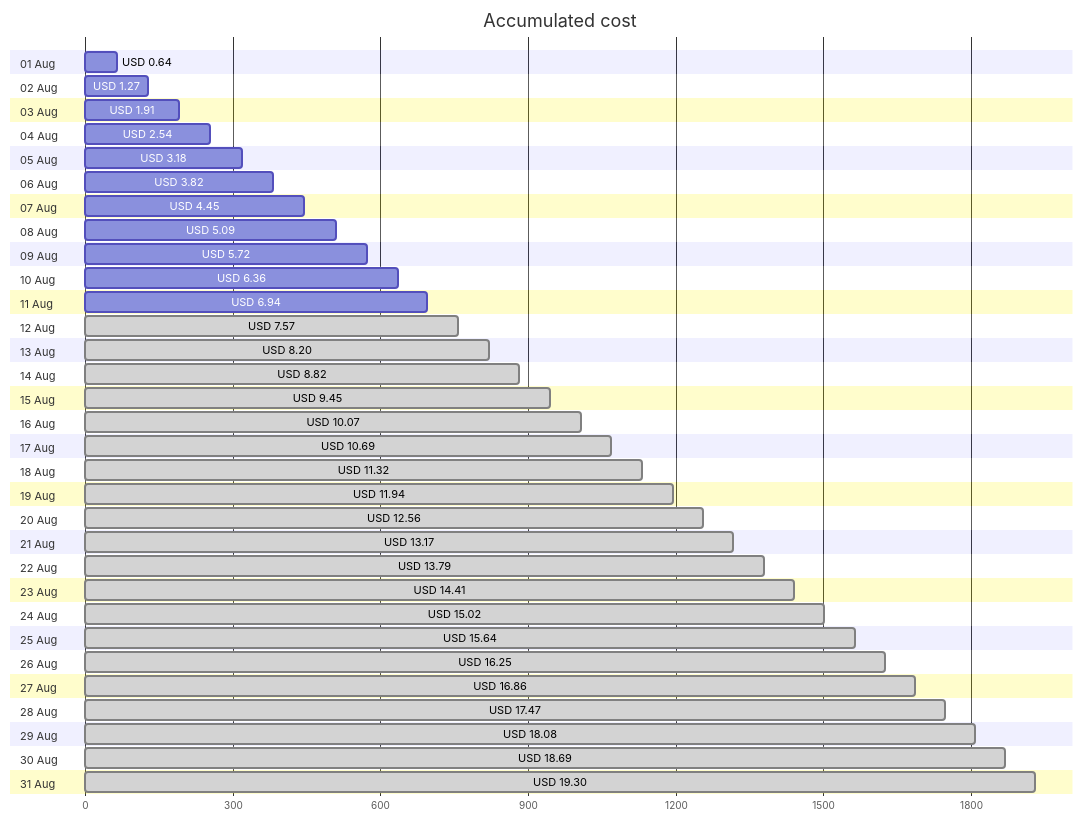
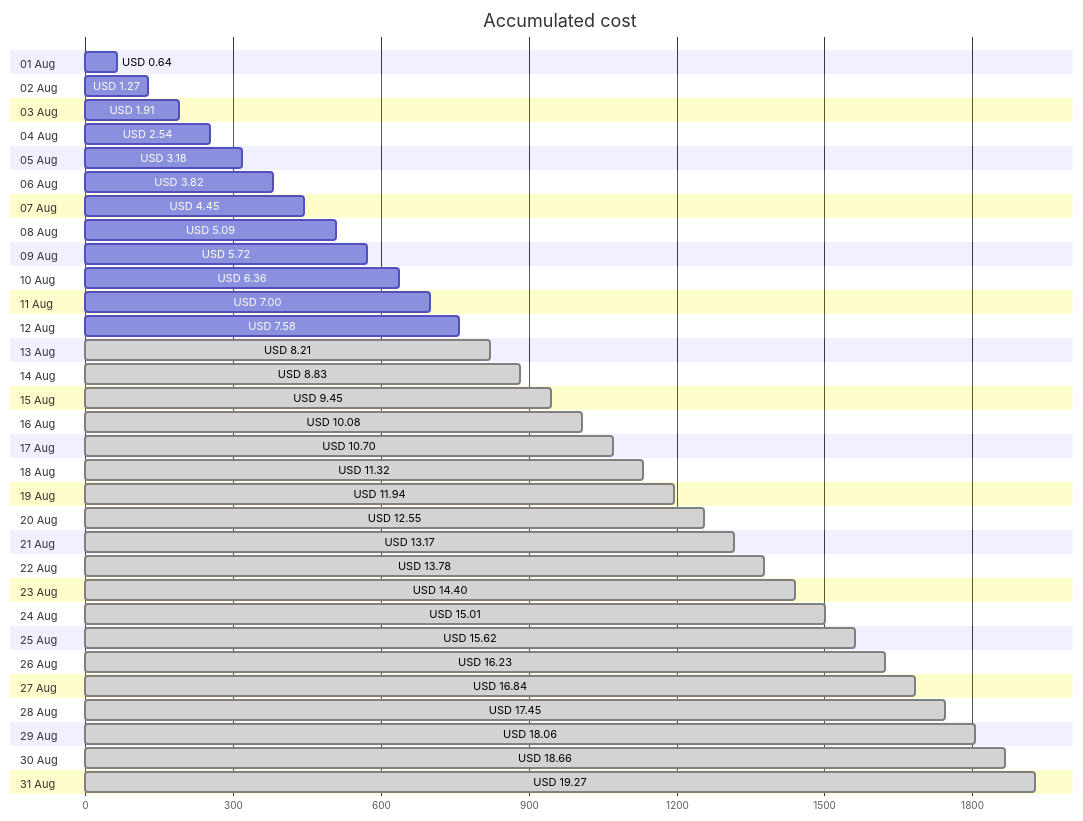
The first of 4 diagrams in cost-reports/accumulated-cost.md (jpfulton/azure-personal-reports), drawn with Mermaid before and after one commit. The commit also changed other lines of this file and 4 other files, not shown here.

````diff
--- a/cost-reports/accumulated-cost.md
+++ b/cost-reports/accumulated-cost.md
@@ -20,68 +20,68 @@
 ```mermaid
 gantt
    title Accumulated cost
    dateFormat  X
    axisFormat %s
    section 01 Aug
    USD 0.64 :0, 64
    section 02 Aug
    USD 1.27 :0, 127
    section 03 Aug
    USD 1.91 :0, 191
    section 04 Aug
    USD 2.54 :0, 254
    section 05 Aug
    USD 3.18 :0, 318
    section 06 Aug
    USD 3.82 :0, 382
    section 07 Aug
    USD 4.45 :0, 445
    section 08 Aug
    USD 5.09 :0, 509
    section 09 Aug
    USD 5.72 :0, 572
    section 10 Aug
    USD 6.36 :0, 636
    section 11 Aug
-   USD 6.94 :0, 694
+   USD 7.00 :0, 700
    section 12 Aug
-   USD 7.57 : done, 0, 757
+   USD 7.58 :0, 758
    section 13 Aug
-   USD 8.20 : done, 0, 820
+   USD 8.21 : done, 0, 821
    section 14 Aug
-   USD 8.82 : done, 0, 882
+   USD 8.83 : done, 0, 883
    section 15 Aug
    USD 9.45 : done, 0, 945
    section 16 Aug
-   USD 10.07 : done, 0, 1007
+   USD 10.08 : done, 0, 1008
    section 17 Aug
-   USD 10.69 : done, 0, 1069
+   USD 10.70 : done, 0, 1070
    section 18 Aug
    USD 11.32 : done, 0, 1132
    section 19 Aug
    USD 11.94 : done, 0, 1194
    section 20 Aug
-   USD 12.56 : done, 0, 1256
+   USD 12.55 : done, 0, 1255
    section 21 Aug
    USD 13.17 : done, 0, 1317
    section 22 Aug
-   USD 13.79 : done, 0, 1379
+   USD 13.78 : done, 0, 1378
    section 23 Aug
-   USD 14.41 : done, 0, 1441
+   USD 14.40 : done, 0, 1440
    section 24 Aug
-   USD 15.02 : done, 0, 1502
+   USD 15.01 : done, 0, 1501
    section 25 Aug
-   USD 15.64 : done, 0, 1564
+   USD 15.62 : done, 0, 1562
    section 26 Aug
-   USD 16.25 : done, 0, 1625
+   USD 16.23 : done, 0, 1623
    section 27 Aug
-   USD 16.86 : done, 0, 1686
+   USD 16.84 : done, 0, 1684
    section 28 Aug
-   USD 17.47 : done, 0, 1747
+   USD 17.45 : done, 0, 1745
    section 29 Aug
-   USD 18.08 : done, 0, 1808
+   USD 18.06 : done, 0, 1806
    section 30 Aug
-   USD 18.69 : done, 0, 1869
+   USD 18.66 : done, 0, 1866
    section 31 Aug
-   USD 19.30 : done, 0, 1930
+   USD 19.27 : done, 0, 1927
 ```
````
